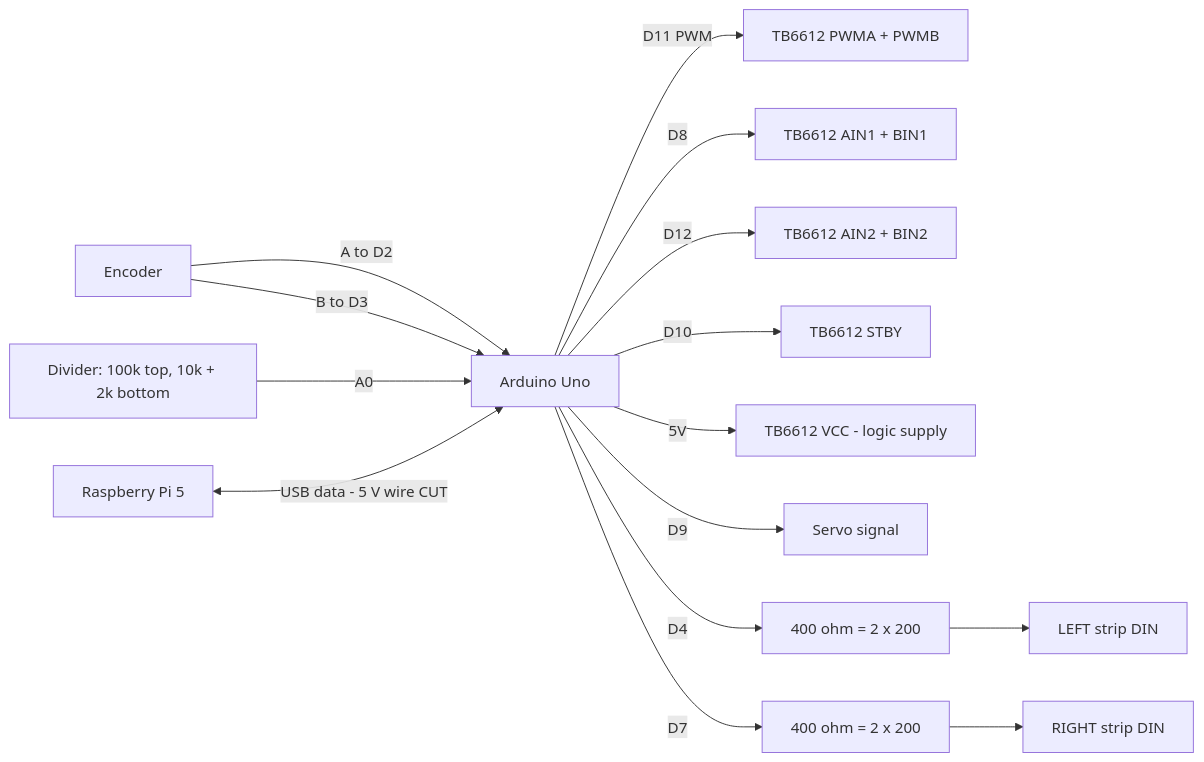
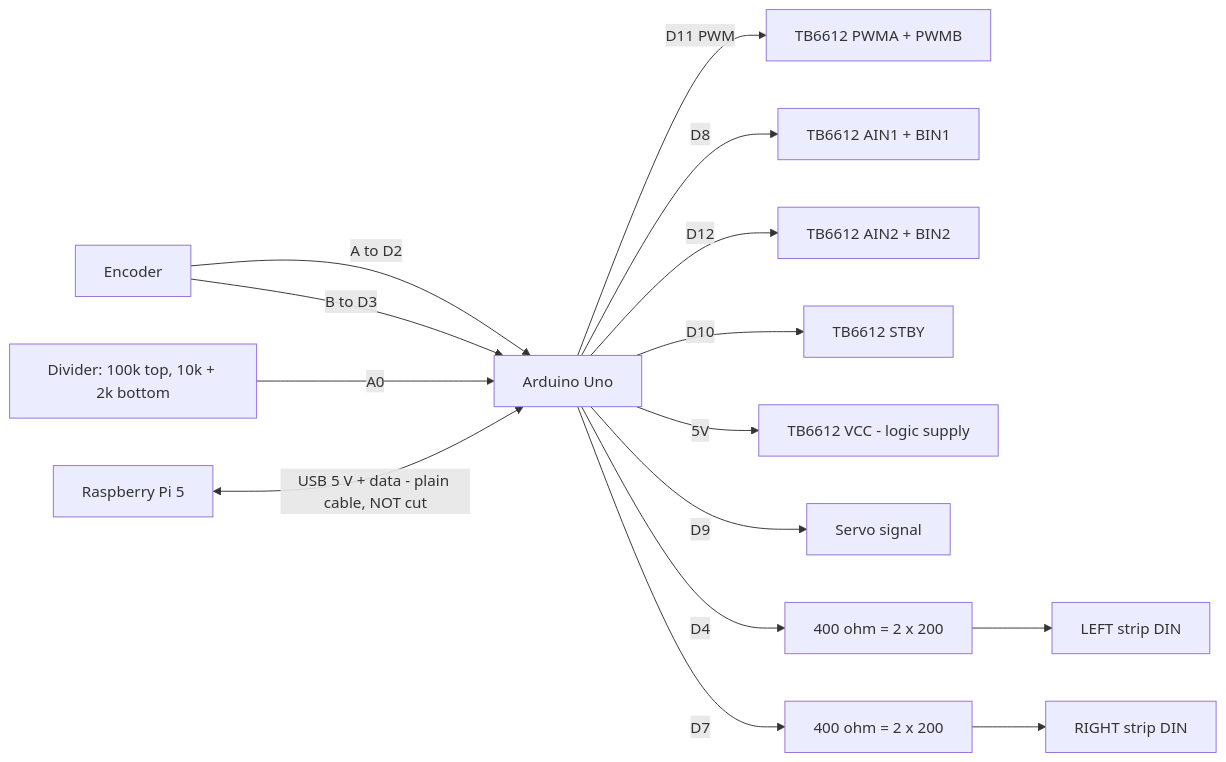
One commit to Evan-Daruwalla/vision-autonomous-car changed the second of 3 diagrams in docs/WIRING_PROTOSHIELD.md. Above: the diagram before and after it, drawn with Mermaid. The commit also changed other lines of this file and 6 other files, not shown here.

Commit message:
Stale power/wiring/firmware text marked superseded with record letters (audits KA/KU MEDs; plan C3+C4); LM2596 4.95 V measured (JE) vs 4.99 V restated (JF/JR) noted, not chosen

````diff
--- a/docs/WIRING_PROTOSHIELD.md
+++ b/docs/WIRING_PROTOSHIELD.md
@@ -115,16 +115,17 @@
 ```mermaid
 flowchart LR
   UNO["Arduino Uno"]
   UNO -- "D11 PWM" --> TBP["TB6612 PWMA + PWMB"]
   UNO -- "D8" --> TBA["TB6612 AIN1 + BIN1"]
   UNO -- "D12" --> TBB["TB6612 AIN2 + BIN2"]
   UNO -- "D10" --> TBS["TB6612 STBY"]
   UNO -- "5V" --> TBV["TB6612 VCC - logic supply"]
   UNO -- "D9" --> SERVO["Servo signal"]
   UNO -- "D4" --> RL["400 ohm = 2 x 200"] --> SL["LEFT strip DIN"]
   UNO -- "D7" --> RR["400 ohm = 2 x 200"] --> SR["RIGHT strip DIN"]
   ENC["Encoder"] -- "A to D2" --> UNO
   ENC -- "B to D3" --> UNO
   DIV["Divider: 100k top, 10k + 2k bottom"] -- "A0" --> UNO
-  PI["Raspberry Pi 5"] <-- "USB data - 5 V wire CUT" --> UNO
+  %% 2026-10-29 (record JF): was "USB data - 5 V wire CUT" - superseded, the cable is plain
+  PI["Raspberry Pi 5"] <-- "USB 5 V + data - plain cable, NOT cut" --> UNO
 ```
````
